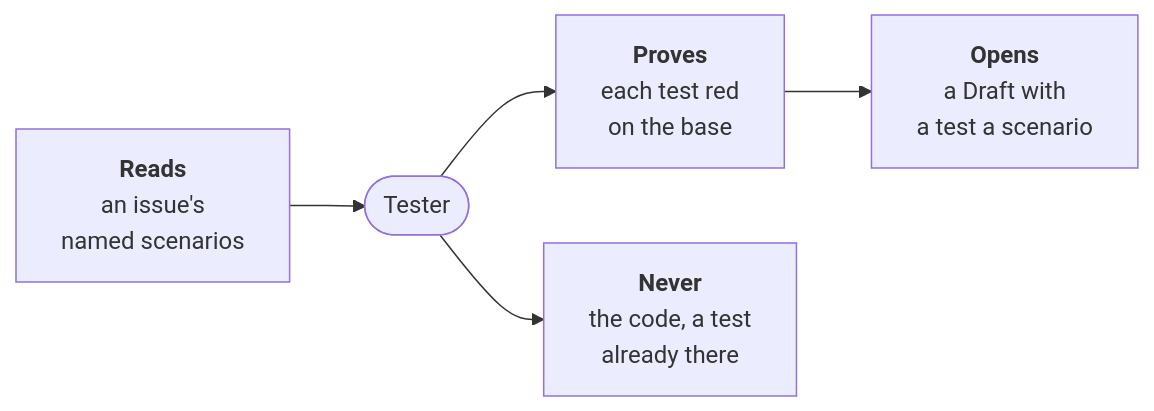
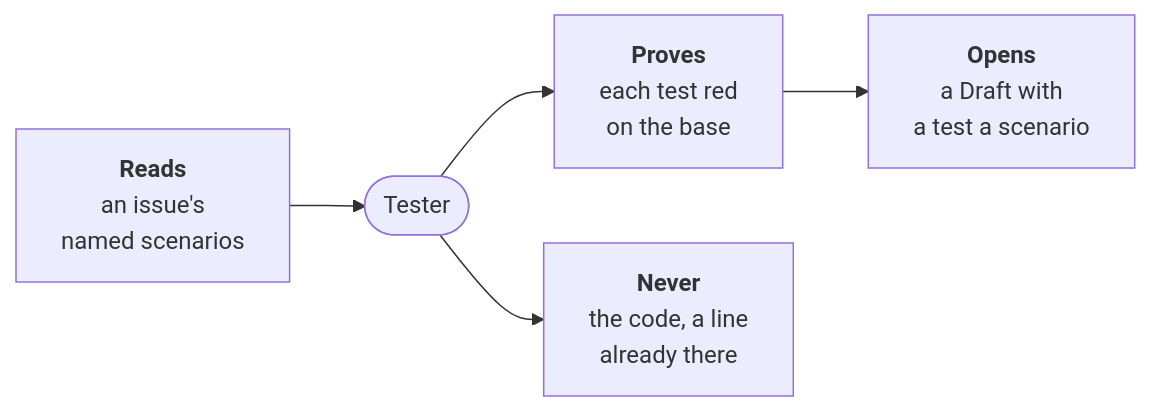
Before and after one commit to JN0V/workline: the diagram in roles/tester/README.md, drawn with Mermaid. The commit also changed other lines of this file and 15 other files, not shown here.

First line of the commit message:
feat(tester): add tests to a test file already there

````diff
--- a/roles/tester/README.md
+++ b/roles/tester/README.md
@@ -13,10 +13,10 @@
 ```mermaid
 flowchart LR
   issue["<b>Reads</b><br/>an issue's<br/>named scenarios"]
   role(["Tester"])
   proof["<b>Proves</b><br/>each test red<br/>on the base"]
-  never["<b>Never</b><br/>the code, a test<br/>already there"]
+  never["<b>Never</b><br/>the code, a line<br/>already there"]
   out["<b>Opens</b><br/>a Draft with<br/>a test a scenario"]
   issue --> role --> proof --> out
   role --> never
 ```
````
